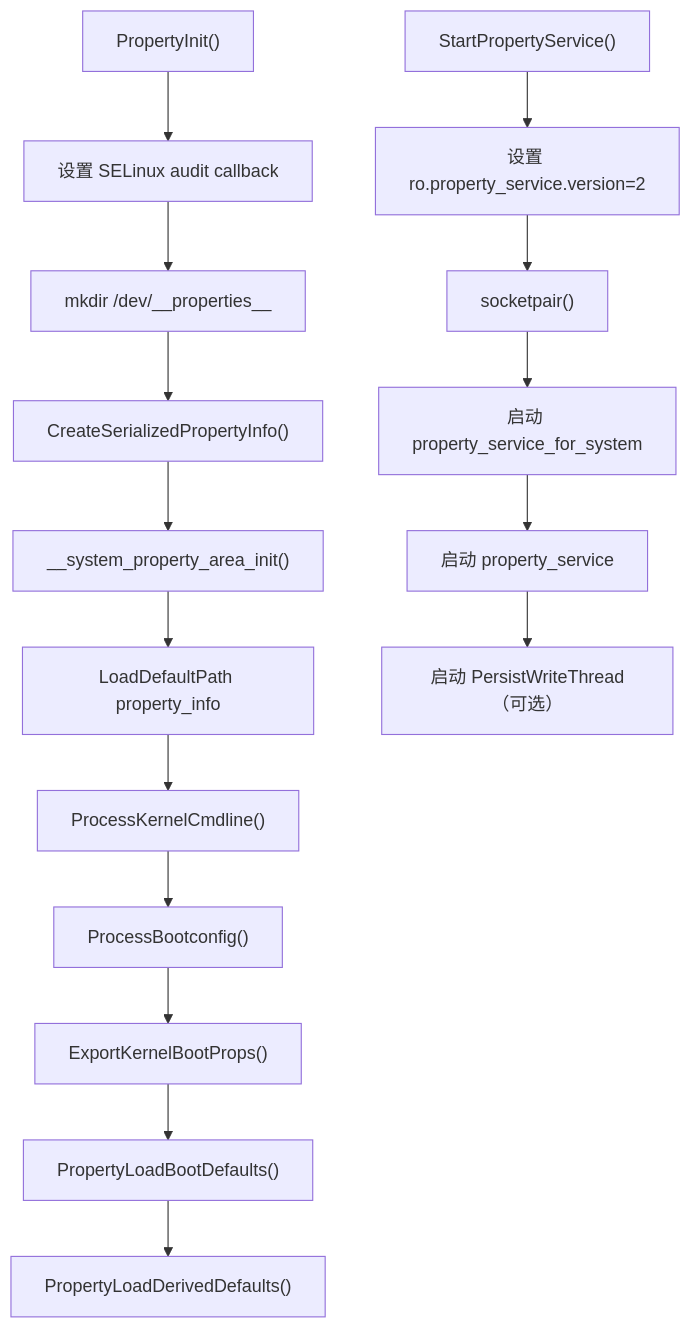
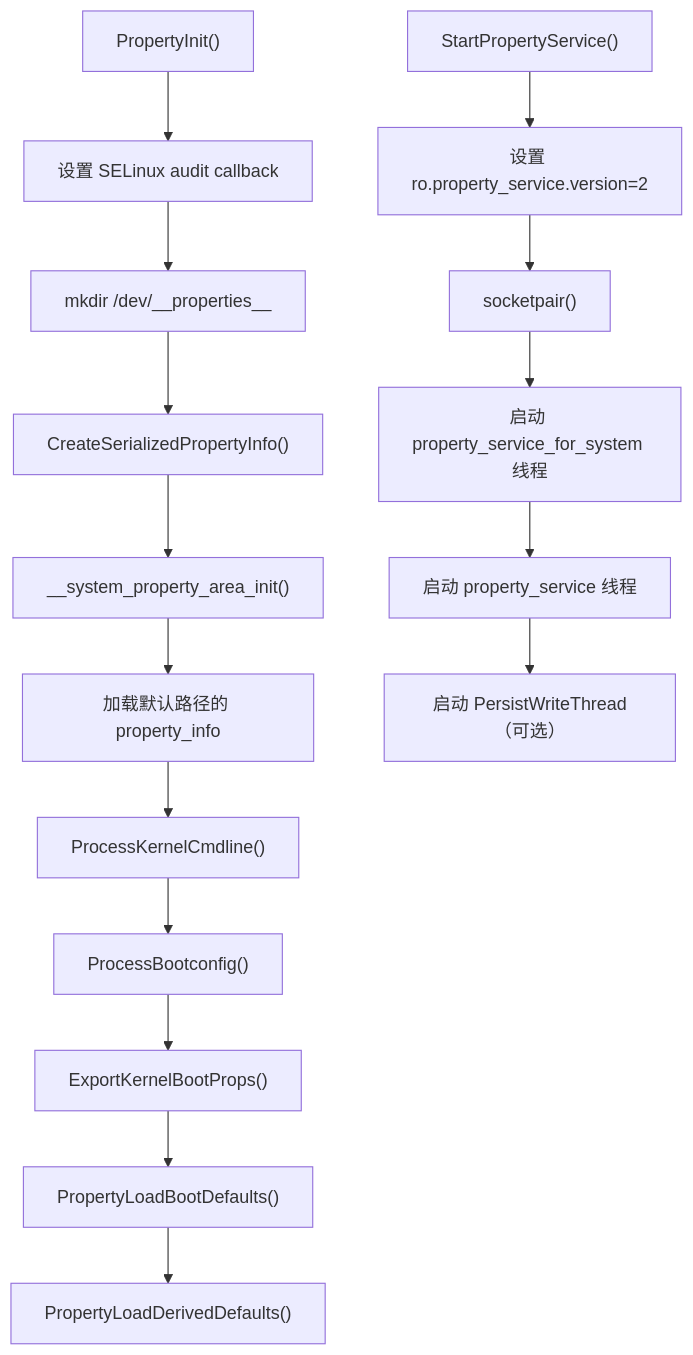
One commit to fwrite0920/aosp-internal-book changed the sixth of 10 diagrams in 06-system-properties-zh.md. Above: the diagram before and after it, drawn with Mermaid. The commit also changed other lines of this file and 63 other files, not shown here.

````diff
--- a/06-system-properties-zh.md
+++ b/06-system-properties-zh.md
@@ -556,19 +957,19 @@
 ```mermaid
 graph TD
     A["PropertyInit()"] --> B["设置 SELinux audit callback"]
     B --> C["mkdir /dev/__properties__"]
     C --> D["CreateSerializedPropertyInfo()"]
     D --> E["__system_property_area_init()"]
-    E --> F["LoadDefaultPath property_info"]
+    E --> F["加载默认路径的 property_info"]
     F --> G["ProcessKernelCmdline()"]
     G --> H["ProcessBootconfig()"]
     H --> I["ExportKernelBootProps()"]
     I --> J["PropertyLoadBootDefaults()"]
     J --> K["PropertyLoadDerivedDefaults()"]
 
     L["StartPropertyService()"] --> M["设置 ro.property_service.version=2"]
     M --> N["socketpair()"]
-    N --> O["启动 property_service_for_system"]
-    O --> P["启动 property_service"]
+    N --> O["启动 property_service_for_system 线程"]
+    O --> P["启动 property_service 线程"]
     P --> Q["启动 PersistWriteThread（可选）"]
 ```
````
